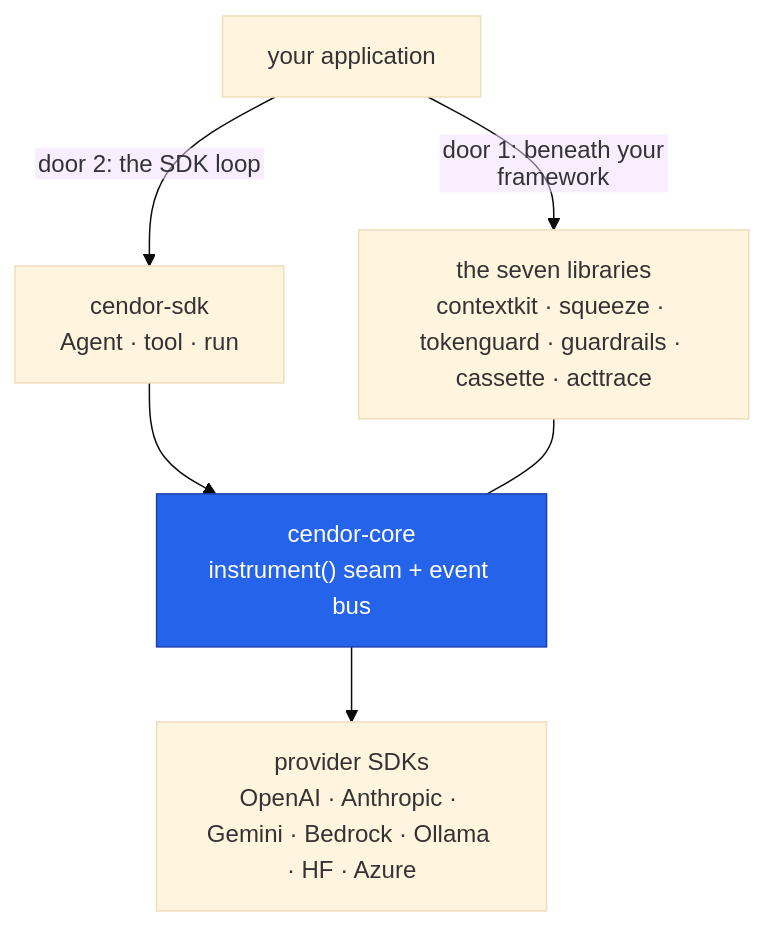
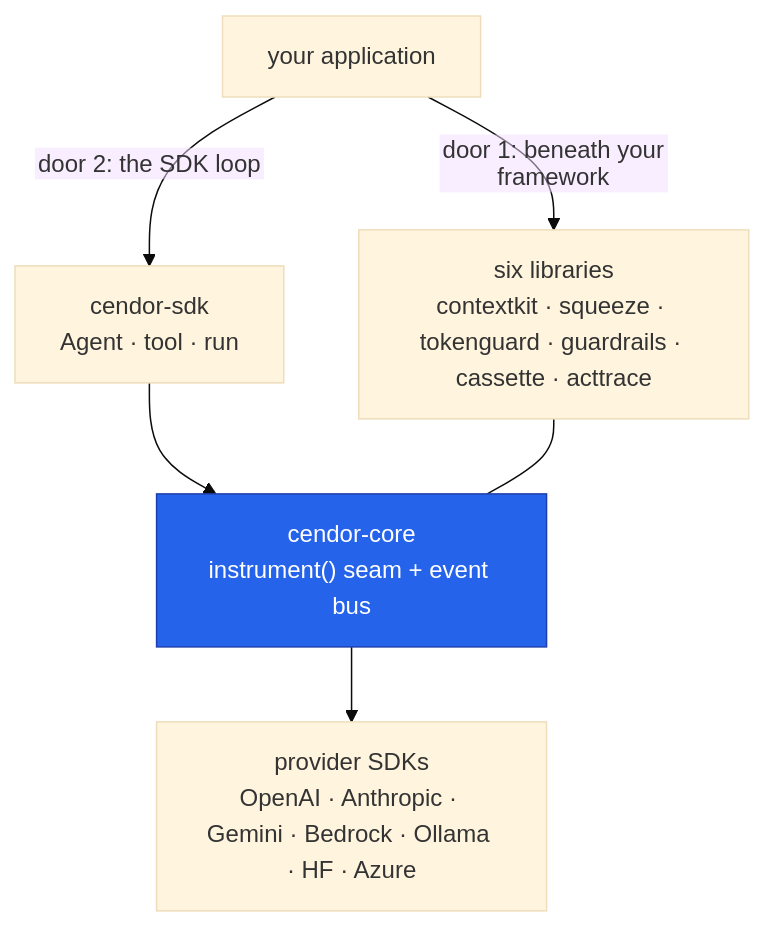
One commit to cendorhq/cendor-sdk changed the diagram in README.md. Above: the diagram before and after it, drawn with Mermaid (base theme). The commit also changed 10 other files, not shown here.

First line of the commit message:
docs: name the libraries behind each SDK feature; refresh guardrails page

````diff
--- a/README.md
+++ b/README.md
@@ -93,17 +93,17 @@
 ```mermaid
 %%{init: {"flowchart": {"htmlLabels": false}} }%%
 graph TD
     APP["your application"]
     SDK["cendor-sdk<br/>Agent · tool · run"]
-    LIBS["the seven libraries<br/>contextkit · squeeze · tokenguard · guardrails · cassette · acttrace"]
+    LIBS["six libraries<br/>contextkit · squeeze · tokenguard · guardrails · cassette · acttrace"]
     CORE["cendor-core<br/>instrument() seam + event bus"]
     PROV["provider SDKs<br/>OpenAI · Anthropic · Gemini · Bedrock · Ollama · HF · Azure"]
 
     APP -->|"door 2: the SDK loop"| SDK --> CORE
     APP -->|"door 1: beneath your framework"| LIBS
     LIBS --- CORE
     CORE --> PROV
 
     classDef seam fill:#2563EB,color:#ffffff,stroke:#1E40AF;
     class CORE seam;
 ```
````
